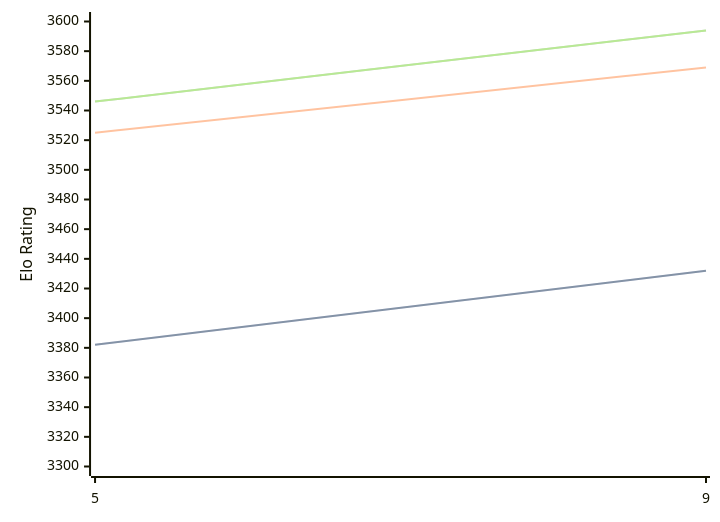
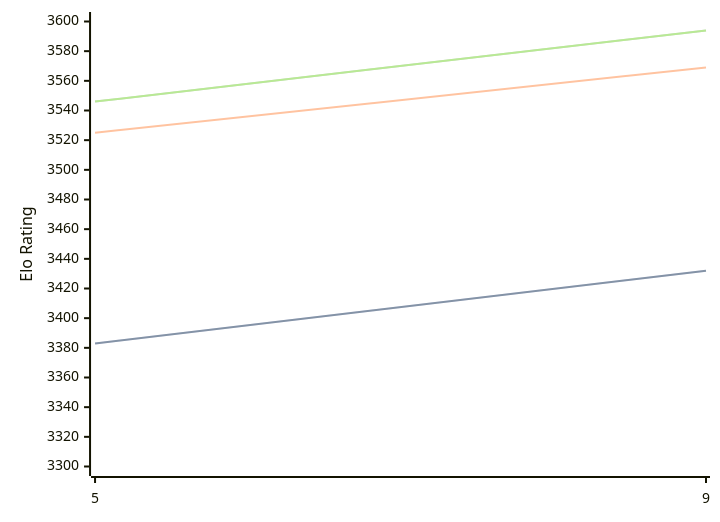
Before and after one commit to computer-chess-index/cci: the diagram in engines/Crystal.md, drawn with Mermaid. The commit also changed other lines of this file, not shown here.

````diff
--- a/engines/Crystal.md
+++ b/engines/Crystal.md
@@ -32,11 +32,11 @@
 ```mermaid
 %%{init: {"theme":"base","themeVariables":{"seriesColors:['#a3a3a3','#222221','#faa371']}}}%%
 xychart-beta
   x-axis ["5", "9"]
   y-axis "Elo Rating" 3300 --> 3600
-  line "" [3382, 3432]
-  line "STC (8.0+0.08s)" [3382, 3432]
+  line "" [3383, 3432]
+  line "STC (8.0+0.08s)" [3383, 3432]
   line "LTC (60.0+0.60s)" [3525, 3569]
   line "" [3546, 3594]
   line "VLTC (2m24s+1.12s)" [3546, 3594]
 ```
````
